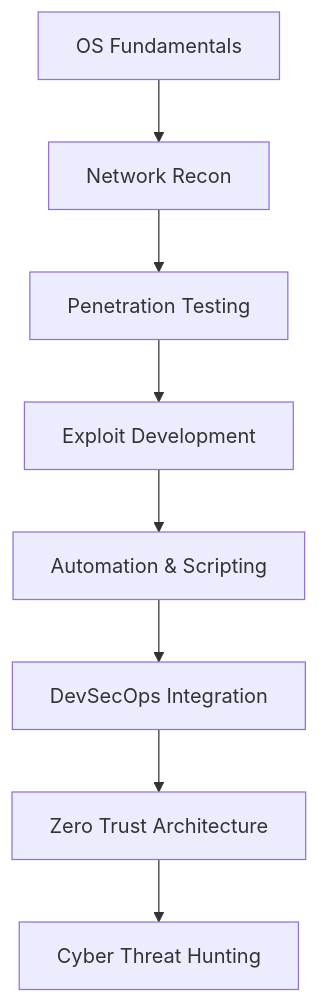
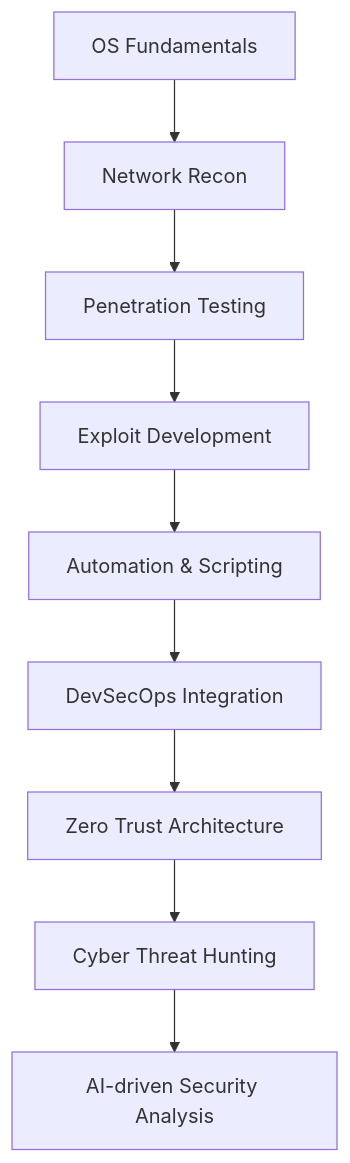
The diagram in README.md (CleversonHenriquefg/Henrique_Ferreira), drawn with Mermaid before and after one commit. The commit also changed other lines of this file, not shown here.

````diff
--- a/README.md
+++ b/README.md
@@ -84,10 +98,11 @@
 ```mermaid
 flowchart TB
   A[OS Fundamentals] --> B[Network Recon]
   B --> C[Penetration Testing]
   C --> D[Exploit Development]
   D --> E[Automation & Scripting]
   E --> F[DevSecOps Integration]
   F --> G[Zero Trust Architecture]
   G --> H[Cyber Threat Hunting]
+  H --> I[AI-driven Security Analysis]
 ```
````
